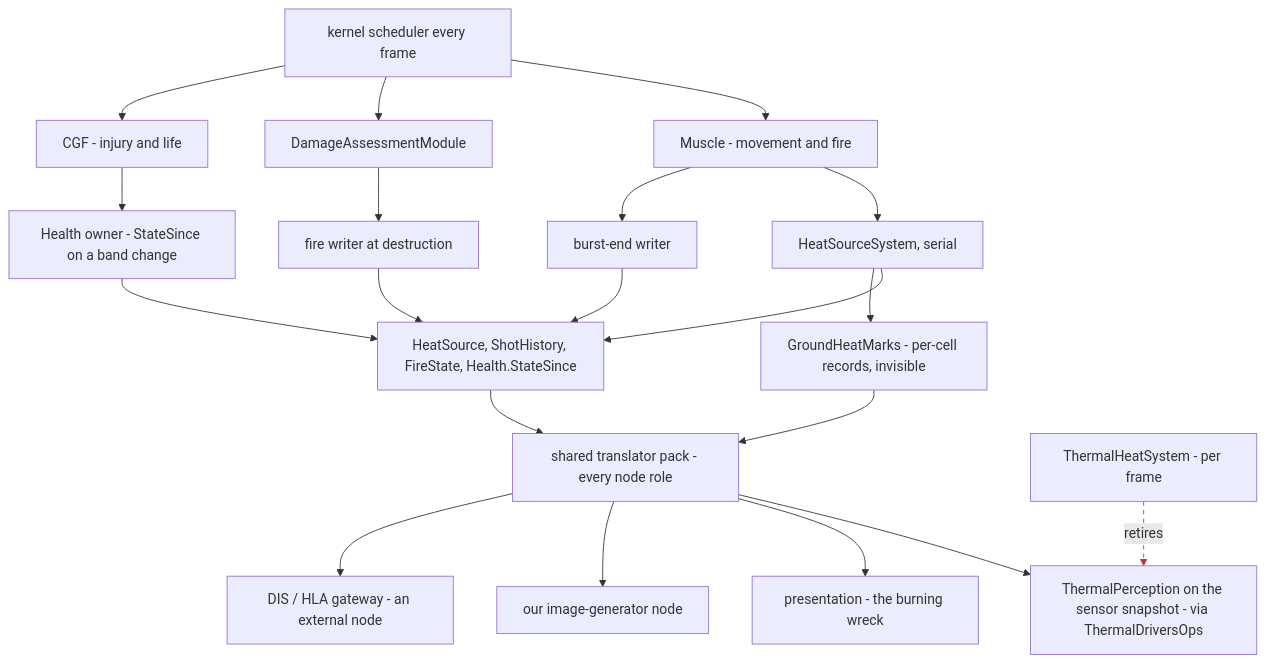
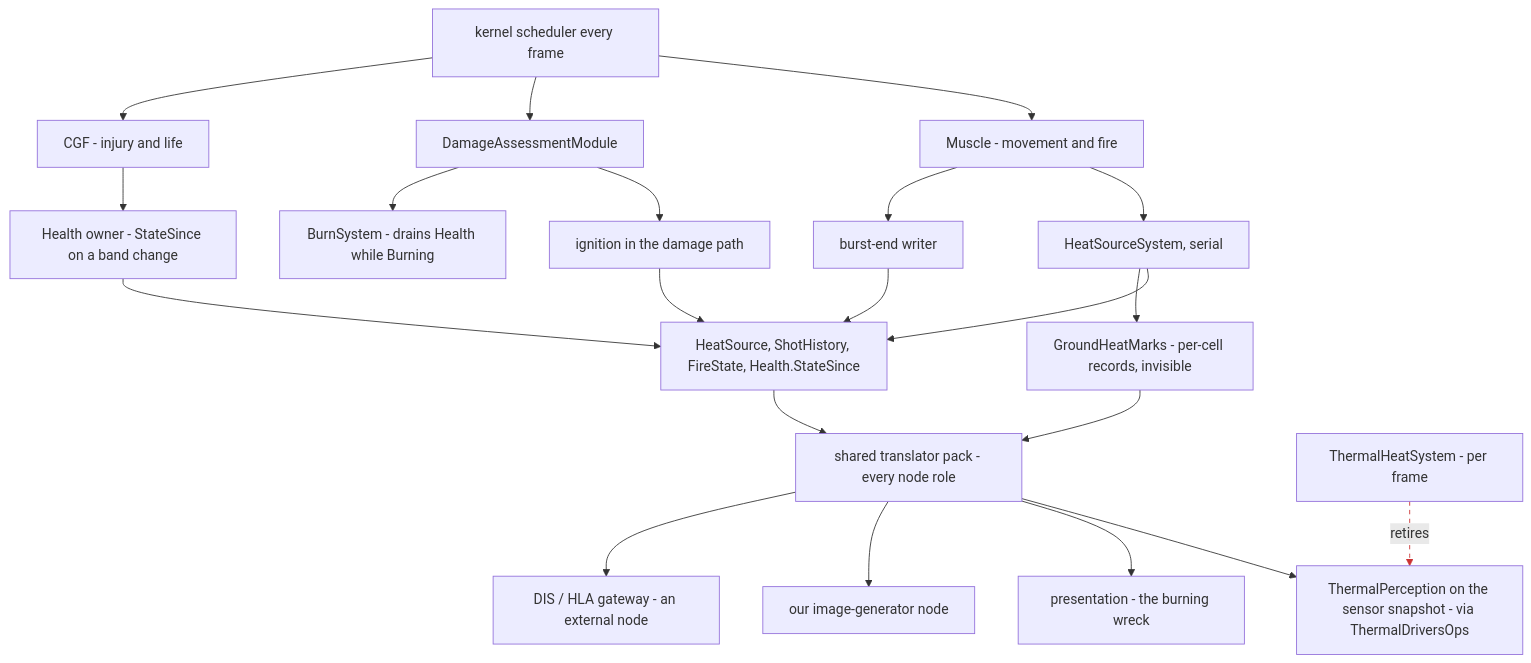
The third of 3 diagrams in docs/designs/thermal/DESIGN_Thermal_Drivers.md (pjanec/HROT), drawn with Mermaid before and after one commit. The commit also changed other lines of this file, not shown here.

First line of the commit message:
thermal drivers: TD-16 fire and damage — separate components, ignition in the damage path, BurnSystem on the Health owner (still not approved)

````diff
--- a/docs/designs/thermal/DESIGN_Thermal_Drivers.md
+++ b/docs/designs/thermal/DESIGN_Thermal_Drivers.md
@@ -245,23 +269,24 @@
 ```mermaid
 graph TD
   SCH[kernel scheduler every frame] --> MUS[Muscle - movement and fire]
   SCH --> DAM[DamageAssessmentModule]
   SCH --> CGF[CGF - injury and life]
   MUS --> PPS[HeatSourceSystem, serial]
   MUS --> BW[burst-end writer]
-  DAM --> FW[fire writer at destruction]
+  DAM --> FW[ignition in the damage path]
+  DAM --> BS[BurnSystem - drains Health while Burning]
   CGF --> LW[Health owner - StateSince on a band change]
   PPS --> TD[HeatSource, ShotHistory, FireState, Health.StateSince]
   BW --> TD
   FW --> TD
   LW --> TD
   TD --> PACK[shared translator pack - every node role]
   PACK --> SENS[ThermalPerception on the sensor snapshot - via ThermalDriversOps]
   PACK --> FX[presentation - the burning wreck]
   PACK --> IG[our image-generator node]
   PACK --> GW[DIS / HLA gateway - an external node]
   PPS --> HM[GroundHeatMarks - per-cell records, invisible]
   HM --> PACK
   OLD[ThermalHeatSystem - per frame] -.retires.-> SENS
-  linkStyle 18 stroke:#c33,stroke-dasharray: 5 5
+  linkStyle 19 stroke:#c33,stroke-dasharray: 5 5
 ```
````
